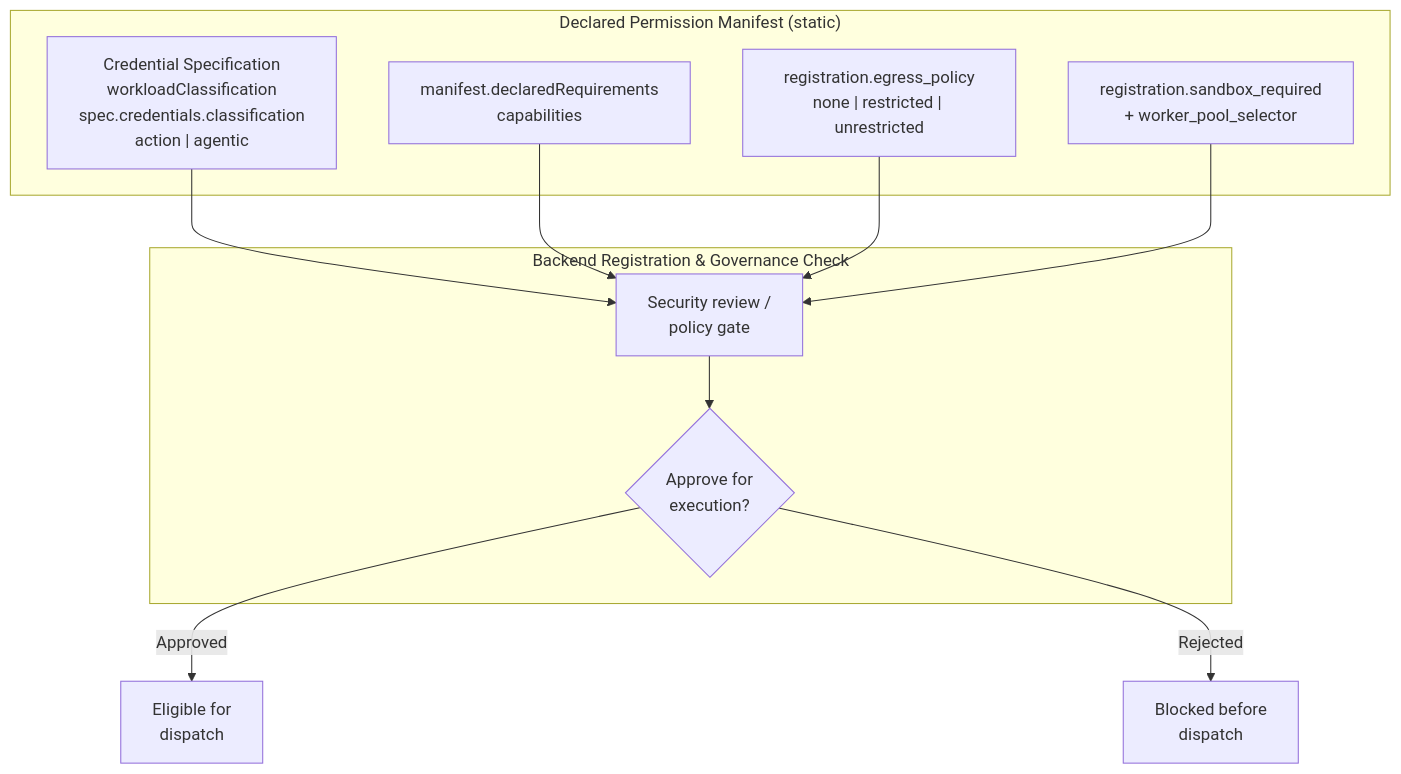
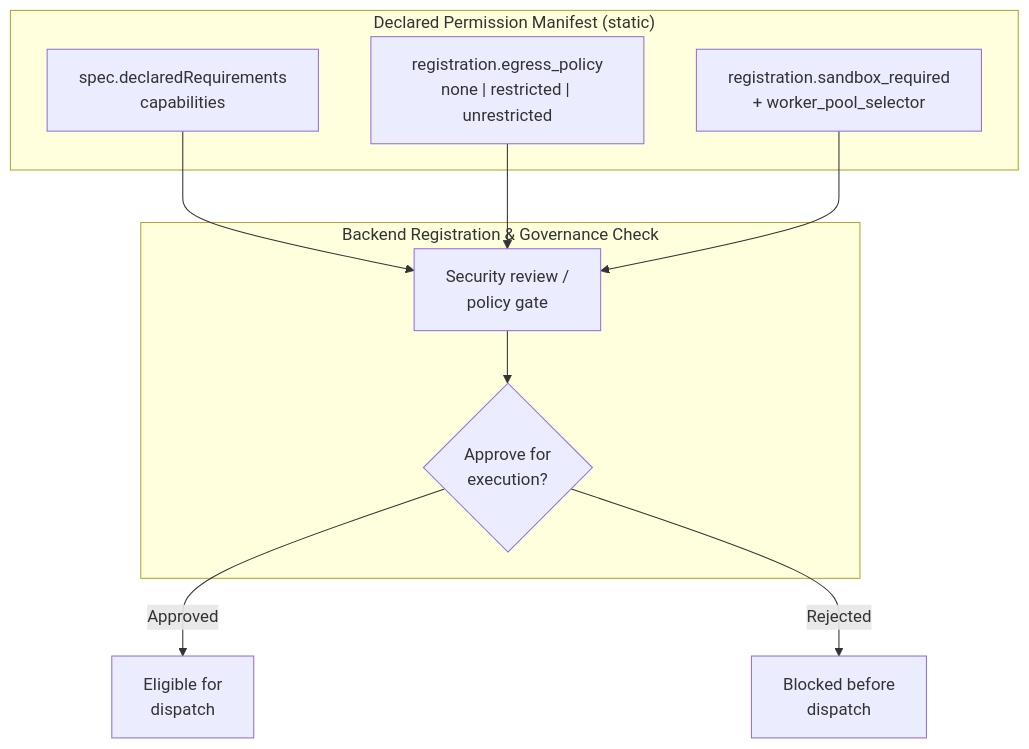
One commit to syntara-orchestration/syntara-node-sdk changed the sixth of 6 diagrams in docs/architecture.md. Above: the diagram before and after it, drawn with Mermaid. The commit also changed other lines of this file and 27 other files, not shown here.

````diff
--- a/docs/architecture.md
+++ b/docs/architecture.md
@@ -594,22 +581,20 @@
 ```mermaid
 graph TB
     subgraph MANIFEST["Declared Permission Manifest (static)"]
-        WC["Credential Specification<br/>workloadClassification<br/>spec.credentials.classification<br/>action | agentic"]
-        REQS["manifest.declaredRequirements<br/>capabilities"]
+        REQS["spec.declaredRequirements<br/>capabilities"]
         CONN["registration.egress_policy<br/>none | restricted | unrestricted"]
         CAPS["registration.sandbox_required<br/>+ worker_pool_selector"]
     end
 
     subgraph AUDIT["Backend Registration & Governance Check"]
         REVIEW["Security review /<br/>policy gate"]
         DECISION{"Approve for<br/>execution?"}
     end
 
-    WC --> REVIEW
     REQS --> REVIEW
     CONN --> REVIEW
     CAPS --> REVIEW
     REVIEW --> DECISION
     DECISION -->|Approved| ALLOW["Eligible for<br/>dispatch"]
     DECISION -->|Rejected| BLOCK["Blocked before<br/>dispatch"]
 ```
````
